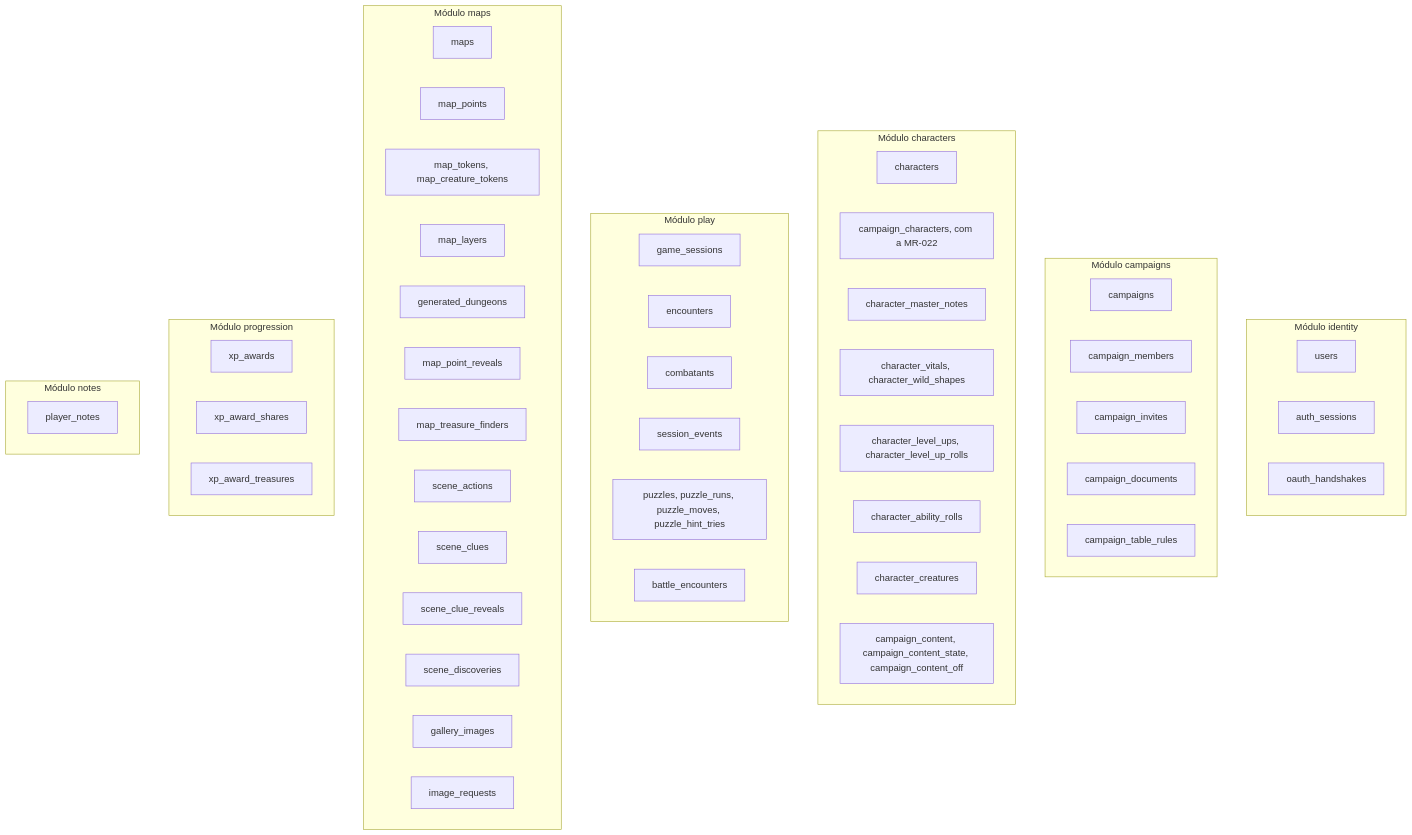
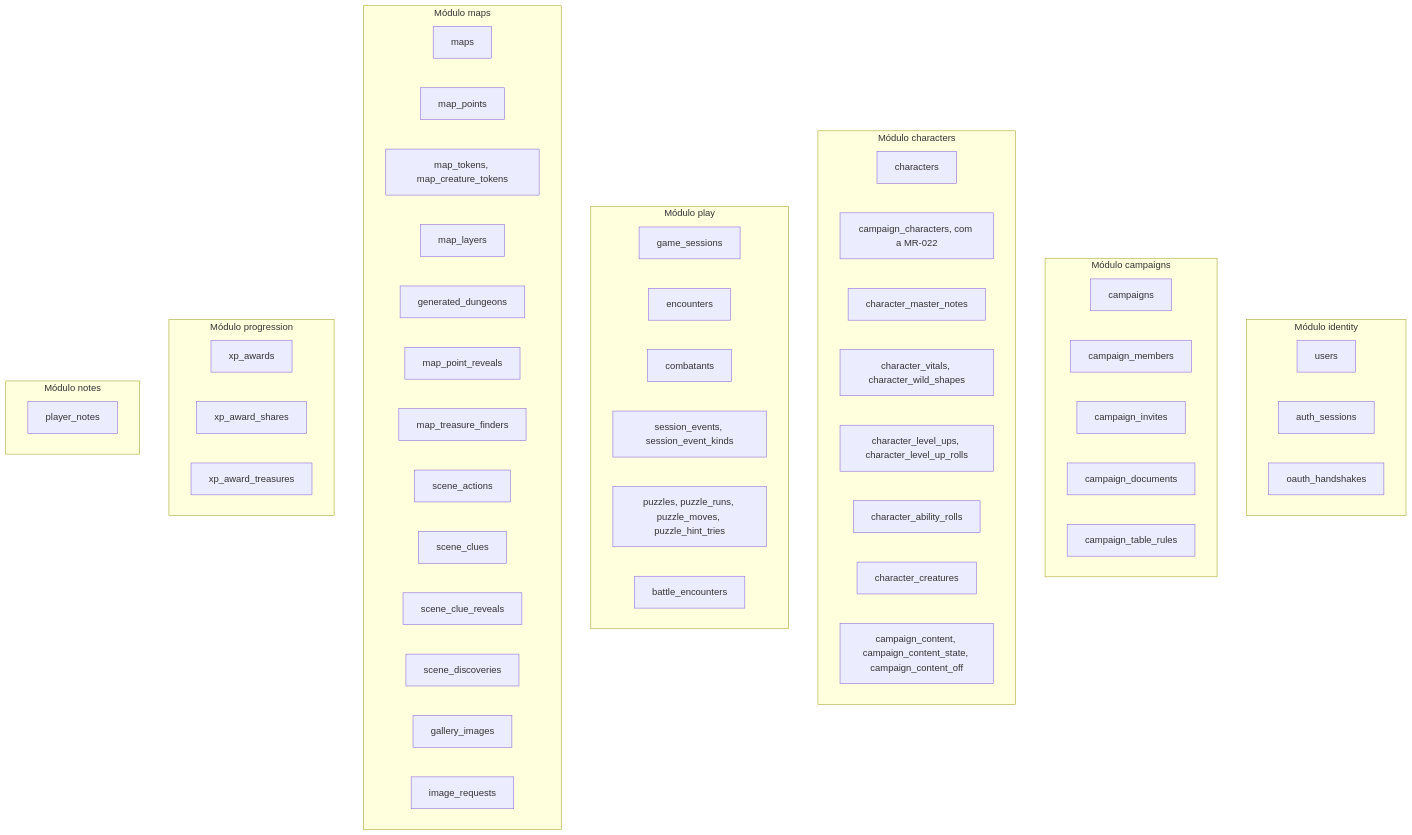
The second of 3 diagrams in docs/dados.md (PuraFome/meuRPG), drawn with Mermaid before and after one commit. The commit also changed other lines of this file and 28 other files, not shown here.

First line of the commit message:
feat(db): consistent multi-statement reads, a lock for migrate, and a table of event kinds

````diff
--- a/docs/dados.md
+++ b/docs/dados.md
@@ -321,62 +321,62 @@
 ```mermaid
 flowchart TD
     subgraph identity["Módulo identity"]
         t_users["users"]
         t_auth_sessions["auth_sessions"]
         t_oauth_handshakes["oauth_handshakes"]
     end
 
     subgraph campaigns_mod["Módulo campaigns"]
         t_campaigns["campaigns"]
         t_campaign_members["campaign_members"]
         t_campaign_invites["campaign_invites"]
         t_campaign_documents["campaign_documents"]
         t_campaign_table_rules["campaign_table_rules"]
     end
 
     subgraph characters_mod["Módulo characters"]
         t_characters["characters"]
         t_campaign_characters["campaign_characters, com a MR-022"]
         t_character_master_notes["character_master_notes"]
         t_character_vitals["character_vitals, character_wild_shapes"]
         t_character_level_ups["character_level_ups, character_level_up_rolls"]
         t_character_ability_rolls["character_ability_rolls"]
         t_character_creatures["character_creatures"]
         t_campaign_content["campaign_content, campaign_content_state, campaign_content_off"]
     end
 
     subgraph play["Módulo play"]
         t_game_sessions["game_sessions"]
         t_encounters["encounters"]
         t_combatants["combatants"]
-        t_session_events["session_events"]
+        t_session_events["session_events, session_event_kinds"]
         t_puzzles["puzzles, puzzle_runs, puzzle_moves, puzzle_hint_tries"]
         t_battle_encounters["battle_encounters"]
     end
 
     subgraph maps_mod["Módulo maps"]
         t_maps["maps"]
         t_map_points["map_points"]
         t_map_tokens["map_tokens, map_creature_tokens"]
         t_map_layers["map_layers"]
         t_generated_dungeons["generated_dungeons"]
         t_map_point_reveals["map_point_reveals"]
         t_map_treasure_finders["map_treasure_finders"]
         t_scene_actions["scene_actions"]
         t_scene_clues["scene_clues"]
         t_scene_clue_reveals["scene_clue_reveals"]
         t_scene_discoveries["scene_discoveries"]
         t_gallery_images["gallery_images"]
         t_image_requests["image_requests"]
     end
 
     subgraph progression["Módulo progression"]
         t_xp_awards["xp_awards"]
         t_xp_award_shares["xp_award_shares"]
         t_xp_award_treasures["xp_award_treasures"]
     end
 
     subgraph notes_mod["Módulo notes"]
         t_player_notes["player_notes"]
     end
 ```
````
